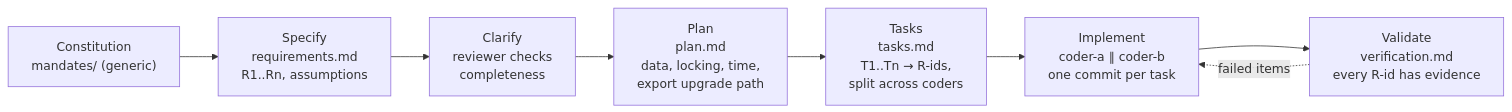
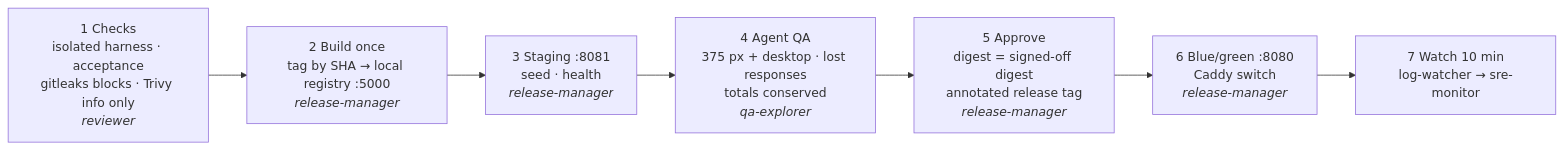
Before and after one commit to June24-optimize/Hercules-coolhackers: the third of 5 diagrams in PLAN.md, drawn with Mermaid. The commit also changed other lines of this file and 22 other files, not shown here.

First line of the commit message:
Switch main to Srilekha's Pocketful Delivery Line plan

````diff
--- a/PLAN.md
+++ b/PLAN.md
@@ -80,10 +132,9 @@
 ```mermaid
 flowchart LR
-    C["Constitution<br/>mandates/ (generic)"] --> SP["Specify<br/>requirements.md<br/>R1..Rn, assumptions"]
-    SP --> CL["Clarify<br/>reviewer checks<br/>completeness"]
-    CL --> PL["Plan<br/>plan.md<br/>data, locking, time,<br/>export upgrade path"]
-    PL --> TK["Tasks<br/>tasks.md<br/>T1..Tn → R-ids,<br/>split across coders"]
-    TK --> IM["Implement<br/>coder-a ∥ coder-b<br/>one commit per task"]
-    IM --> VA["Validate<br/>verification.md<br/>every R-id has evidence"]
-    VA -. "failed items" .-> IM
+    C["1 Checks<br/>isolated harness · acceptance<br/>gitleaks blocks · Trivy info only<br/><i>reviewer</i>"] --> B["2 Build once<br/>tag by SHA → local registry :5000<br/><i>release-manager</i>"]
+    B --> S["3 Staging :8081<br/>seed · health<br/><i>release-manager</i>"]
+    S --> Q["4 Agent QA<br/>375 px + desktop · lost responses<br/>totals conserved<br/><i>qa-explorer</i>"]
+    Q --> A["5 Approve<br/>digest = signed-off digest<br/>annotated release tag<br/><i>release-manager</i>"]
+    A --> G["6 Blue/green :8080<br/>Caddy switch<br/><i>release-manager</i>"]
+    G --> W["7 Watch 10 min<br/>log-watcher → sre-monitor"]
 ```
````
